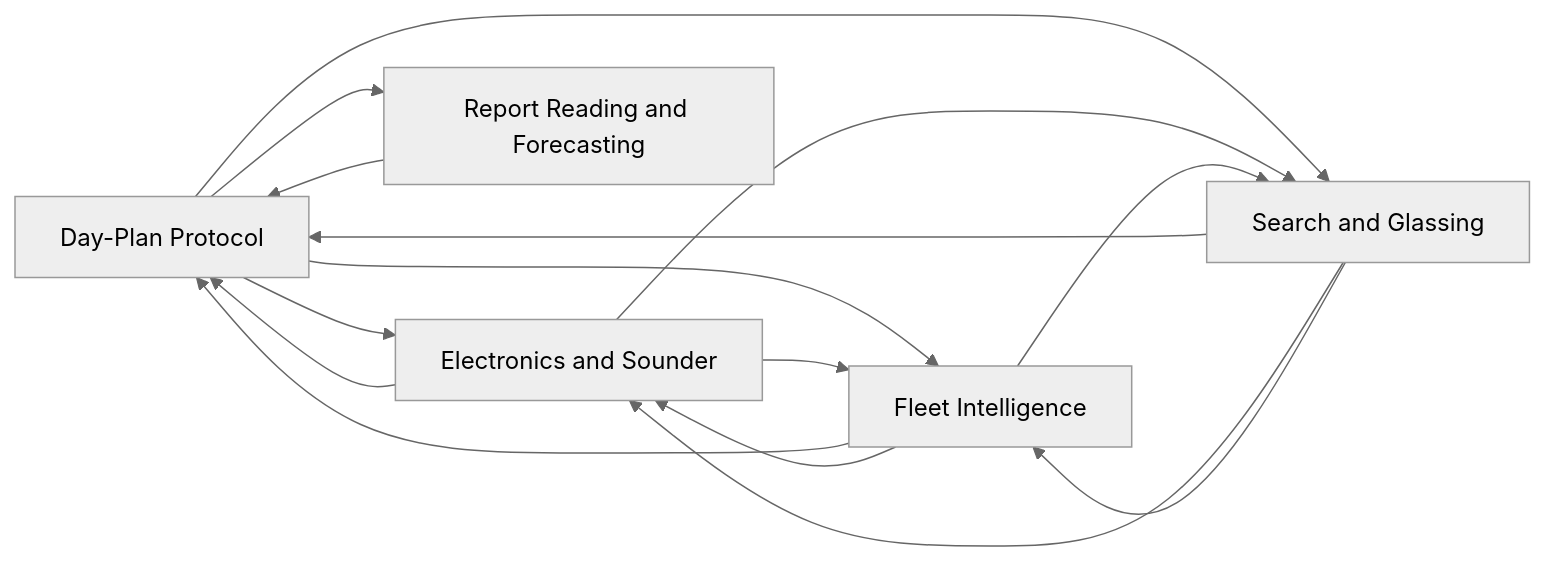
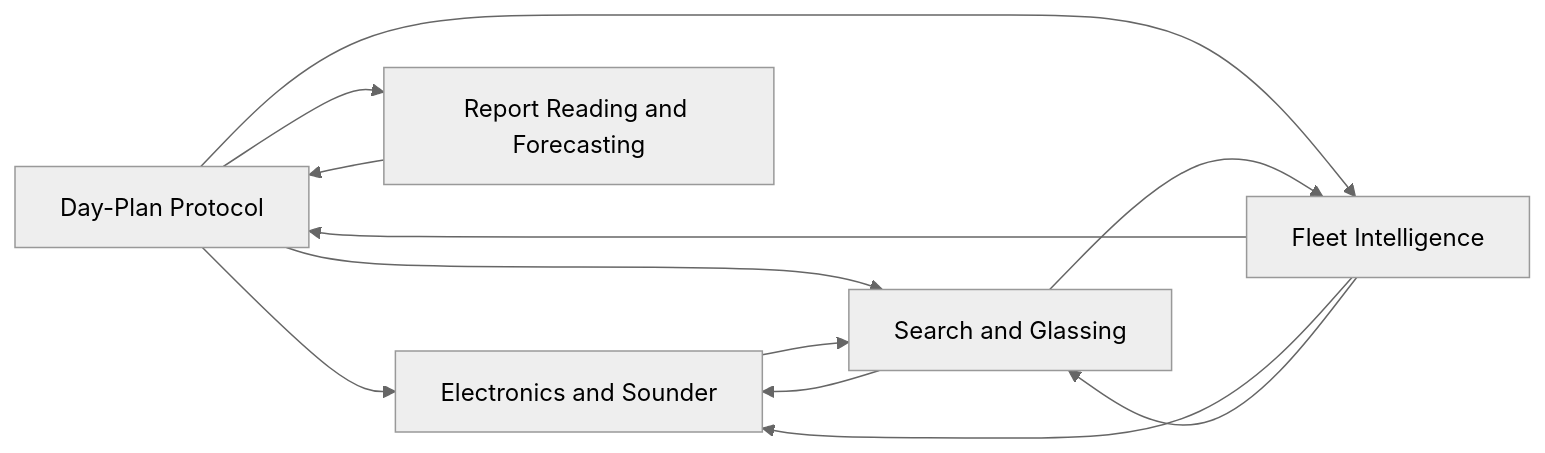
Before and after one commit to camchuckpete-max/Socal-Fishing-Knowledge: the diagram in planning/README.md, drawn with Mermaid (neutral theme). The commit also changed other lines of this file and 124 other files, not shown here.

````diff
--- a/planning/README.md
+++ b/planning/README.md
@@ -18,22 +18,19 @@
 ```mermaid
 graph LR
   n0["Day-Plan Protocol"]
   n1["Electronics and Sounder"]
   n2["Fleet Intelligence"]
   n3["Report Reading and Forecasting"]
   n4["Search and Glassing"]
   n0 --> n1
   n0 --> n2
   n0 --> n3
   n0 --> n4
-  n1 --> n0
-  n1 --> n2
   n1 --> n4
   n2 --> n0
   n2 --> n1
   n2 --> n4
   n3 --> n0
-  n4 --> n0
   n4 --> n1
   n4 --> n2
 ```
````
